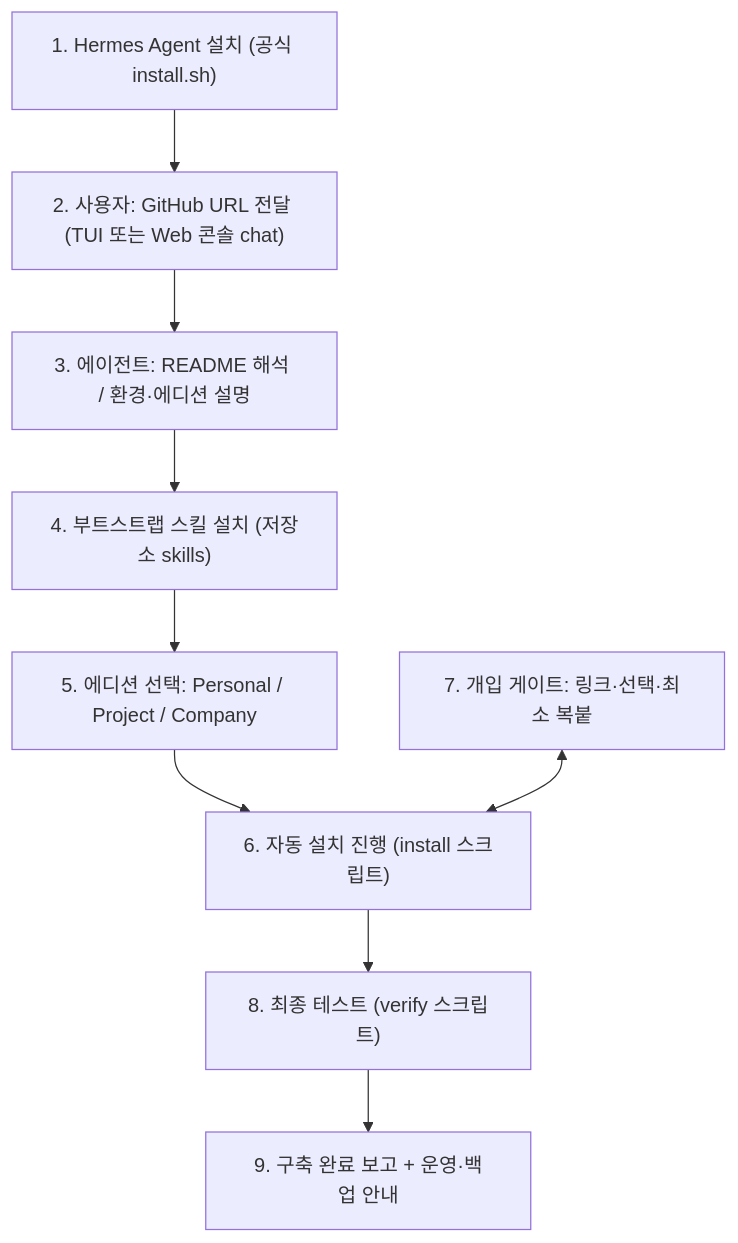
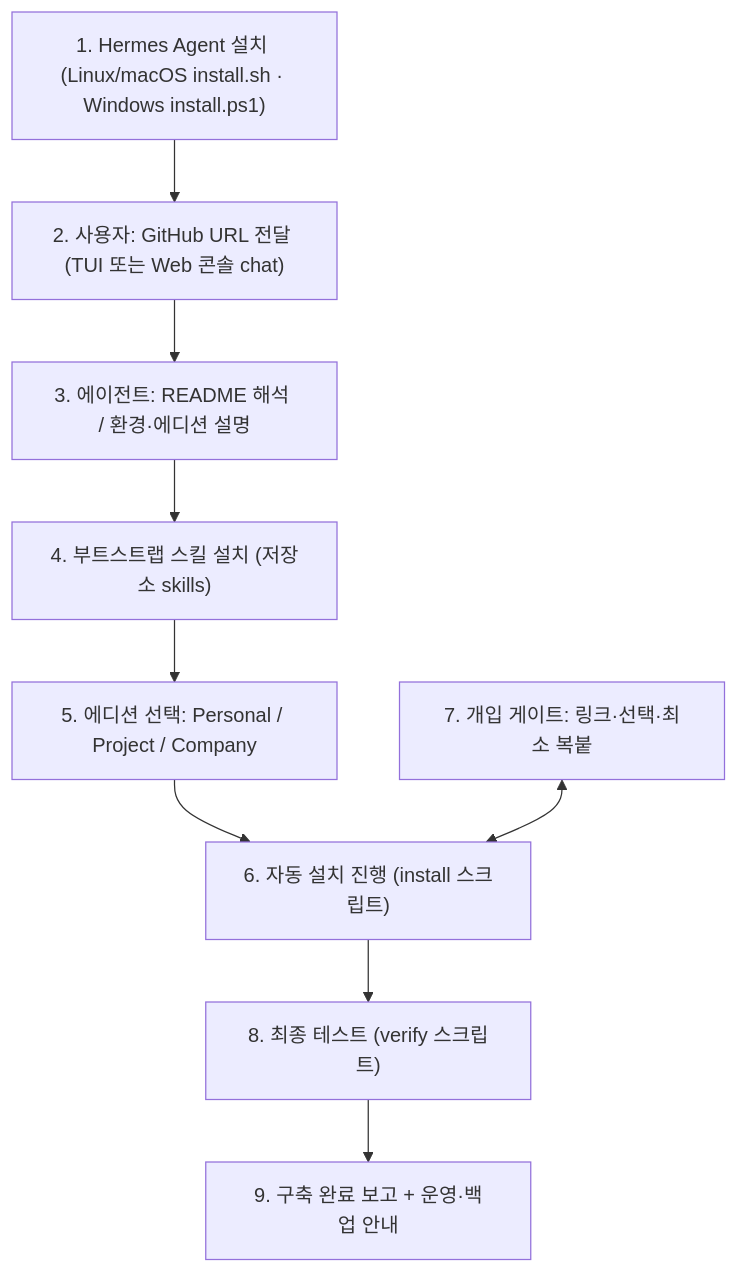
One commit to openit-ai/open-agent-os changed the first of 3 diagrams in docs/architecture-v2.0.md. Above: the diagram before and after it, drawn with Mermaid. The commit also changed other lines of this file and 16 other files, not shown here.

First line of the commit message:
feat(personal): cross-platform support — Windows 11 + macOS Apple Silicon lanes, CI matrix, skill/docs alignment (#14)

````diff
--- a/docs/architecture-v2.0.md
+++ b/docs/architecture-v2.0.md
@@ -53,11 +53,11 @@
 ```mermaid
 flowchart TD
-    A["1. Hermes Agent 설치 (공식 install.sh)"] --> B["2. 사용자: GitHub URL 전달 (TUI 또는 Web 콘솔 chat)"]
+    A["1. Hermes Agent 설치 (Linux/macOS install.sh · Windows install.ps1)"] --> B["2. 사용자: GitHub URL 전달 (TUI 또는 Web 콘솔 chat)"]
     B --> C["3. 에이전트: README 해석 / 환경·에디션 설명"]
     C --> D["4. 부트스트랩 스킬 설치 (저장소 skills)"]
     D --> E["5. 에디션 선택: Personal / Project / Company"]
     E --> F["6. 자동 설치 진행 (install 스크립트)"]
     G["7. 개입 게이트: 링크·선택·최소 복붙"] <--> F
     F --> H["8. 최종 테스트 (verify 스크립트)"]
     H --> I["9. 구축 완료 보고 + 운영·백업 안내"]
 ```
````
